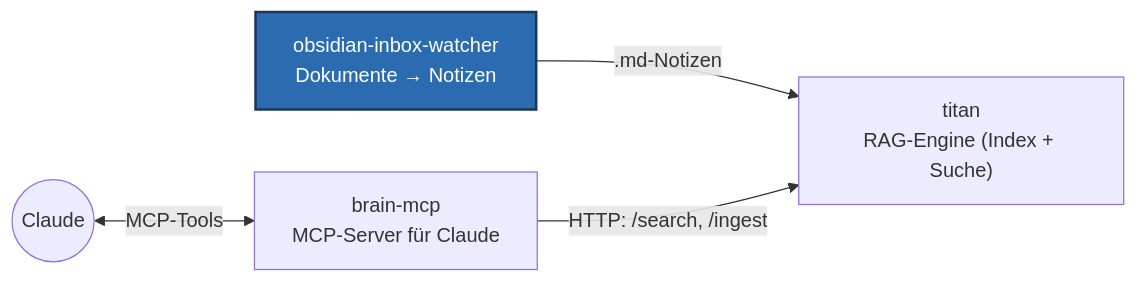
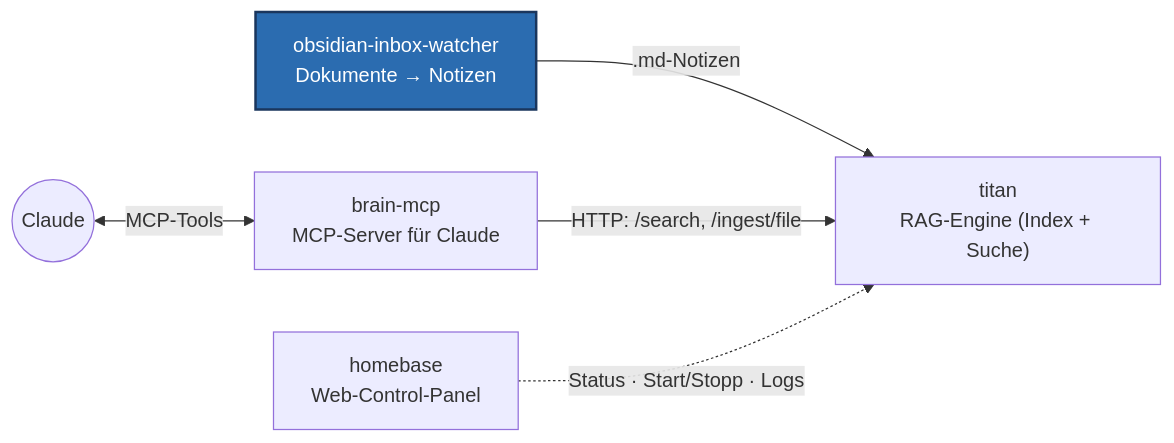
The second of 2 diagrams in README.md (charlieLucke/obsidian-inbox-watcher), drawn with Mermaid before and after one commit. The commit also changed other lines of this file, not shown here.

Commit message:
docs: homebase in die Systemkarte, /ingest korrigiert
Die Karte zeigte drei Dienste und ließ homebase aus. Und die Kante nach titan war
mit `/ingest` beschriftet — ein Endpunkt, den es nicht gibt.

Die fünf technischen Behauptungen der README habe ich gegengeprüft:
Stable-Size-Check (pipeline.py), select_observer(), unique_output_path(),
exponentielles Backoff über tenacity, Dead-Letter-Ablage. Alle belegt.

````diff
--- a/README.md
+++ b/README.md
@@ -35,12 +35,14 @@
 ```mermaid
 flowchart LR
     OIW["obsidian-inbox-watcher<br/>Dokumente → Notizen"]
     T["titan<br/>RAG-Engine (Index + Suche)"]
     BM["brain-mcp<br/>MCP-Server für Claude"]
+    HB["homebase<br/>Web-Control-Panel"]
     C(("Claude"))
     OIW -->|".md-Notizen"| T
-    BM -->|"HTTP: /search, /ingest"| T
+    BM -->|"HTTP: /search, /ingest/file"| T
     C <-->|"MCP-Tools"| BM
+    HB -.->|"Status · Start/Stopp · Logs"| T
     classDef here fill:#2b6cb0,stroke:#1a365d,color:#fff,stroke-width:2px;
     class OIW here
 ```
````
